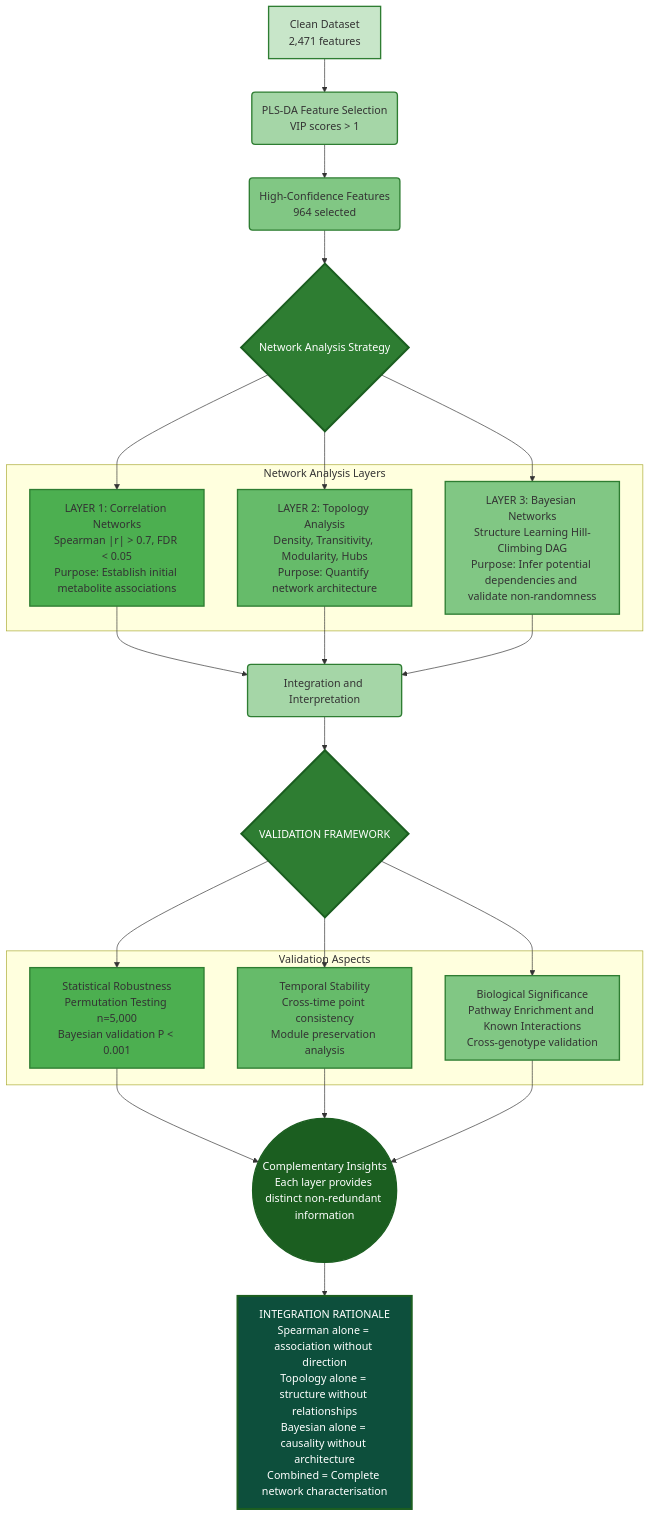
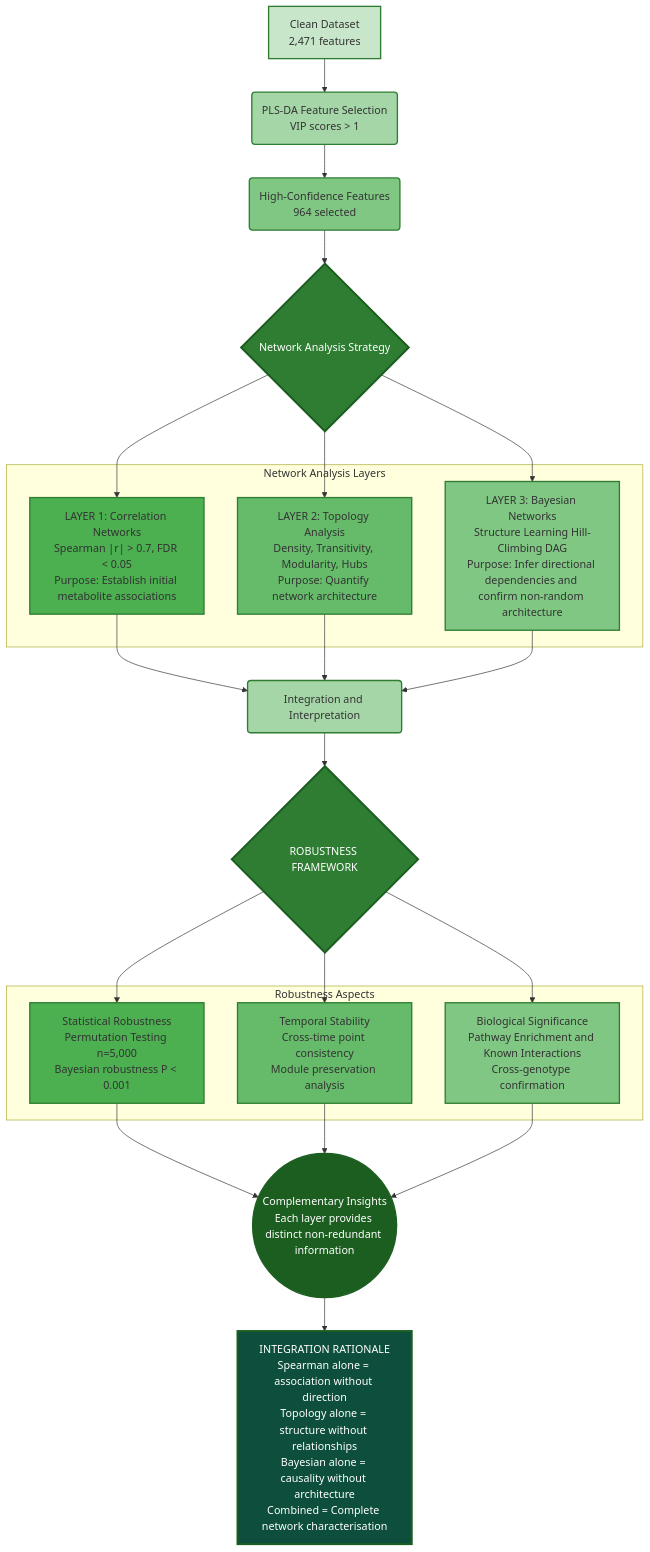
Before and after one commit to shoaibms/metabo: the first of 2 diagrams in README.md, drawn with Mermaid. The commit also changed other lines of this file, not shown here.

First line of the commit message:
Revise statistical validation to robustness terminology

````diff
--- a/README.md
+++ b/README.md
@@ -17,58 +17,58 @@
 ```mermaid
 graph TD
     A["Clean Dataset<br/>2,471 features"] --> B("PLS-DA Feature Selection<br/>VIP scores > 1")
     B --> C("High-Confidence Features<br/>964 selected")
     
     C --> D{"Network Analysis Strategy"}
     
     D --> E
     D --> F
     D --> G
 
     subgraph AnalysisLayers ["Network Analysis Layers"]
         E["LAYER 1: Correlation Networks<br/>Spearman |r| > 0.7, FDR < 0.05<br/>Purpose: Establish initial metabolite associations"]
         F["LAYER 2: Topology Analysis<br/>Density, Transitivity, Modularity, Hubs<br/>Purpose: Quantify network architecture"]
-        G["LAYER 3: Bayesian Networks<br/>Structure Learning Hill-Climbing DAG<br/>Purpose: Infer potential dependencies and validate non-randomness"]
+        G["LAYER 3: Bayesian Networks<br/>Structure Learning Hill-Climbing DAG<br/>Purpose: Infer directional dependencies and confirm non-random architecture"]
     end
     
     E --> H("Integration and Interpretation")
     F --> H
     G --> H
     
-    H --> I{"VALIDATION FRAMEWORK"}
+    H --> I{"ROBUSTNESS FRAMEWORK"}
     
     I --> I1
     I --> I2
     I --> I3
 
-    subgraph ValidationAspects ["Validation Aspects"]
-        I1["Statistical Robustness<br/>Permutation Testing n=5,000<br/>Bayesian validation P < 0.001"]
+    subgraph ValidationAspects ["Robustness Aspects"]
+        I1["Statistical Robustness<br/>Permutation Testing n=5,000<br/>Bayesian robustness P < 0.001"]
         I2["Temporal Stability<br/>Cross-time point consistency<br/>Module preservation analysis"]
-        I3["Biological Significance<br/>Pathway Enrichment and Known Interactions<br/>Cross-genotype validation"]
+        I3["Biological Significance<br/>Pathway Enrichment and Known Interactions<br/>Cross-genotype confirmation"]
     end
     
     I1 --> J(("Complementary Insights<br/>Each layer provides distinct non-redundant information"))
     I2 --> J
     I3 --> J
     
     J --> K["INTEGRATION RATIONALE<br/>Spearman alone = association without direction<br/>Topology alone = structure without relationships<br/>Bayesian alone = causality without architecture<br/>Combined = Complete network characterisation"]
 
     style A fill:#c8e6c9,stroke:#2e7d32,stroke-width:2px
     style B fill:#a5d6a7,stroke:#2e7d32,stroke-width:2px
     style C fill:#81c784,stroke:#2e7d32,stroke-width:2px
     style D fill:#2e7d32,stroke:#1b5e20,stroke-width:3px,color:#fff
     
     style E fill:#4caf50,stroke:#2e7d32,stroke-width:2px
     style F fill:#66bb6a,stroke:#2e7d32,stroke-width:2px
     style G fill:#81c784,stroke:#2e7d32,stroke-width:2px
     
     style H fill:#a5d6a7,stroke:#2e7d32,stroke-width:2px
     style I fill:#2e7d32,stroke:#1b5e20,stroke-width:3px,color:#fff
     
     style I1 fill:#4caf50,stroke:#2e7d32,stroke-width:2px
     style I2 fill:#66bb6a,stroke:#2e7d32,stroke-width:2px
     style I3 fill:#81c784,stroke:#2e7d32,stroke-width:2px
     
     style J fill:#1b5e20,stroke:#1b5e20,stroke-width:2px,color:#fff
     style K fill:#0d4f3c,stroke:#1b5e20,stroke-width:3px,color:#fff
 ```
````
